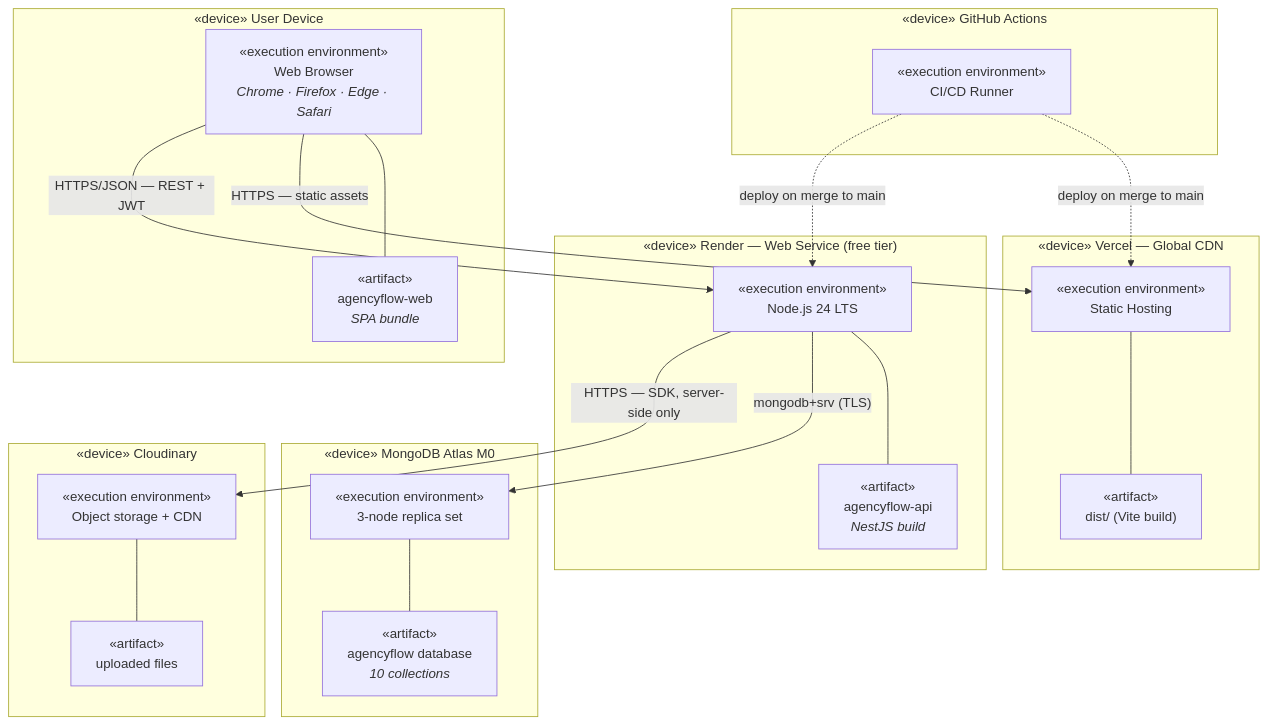
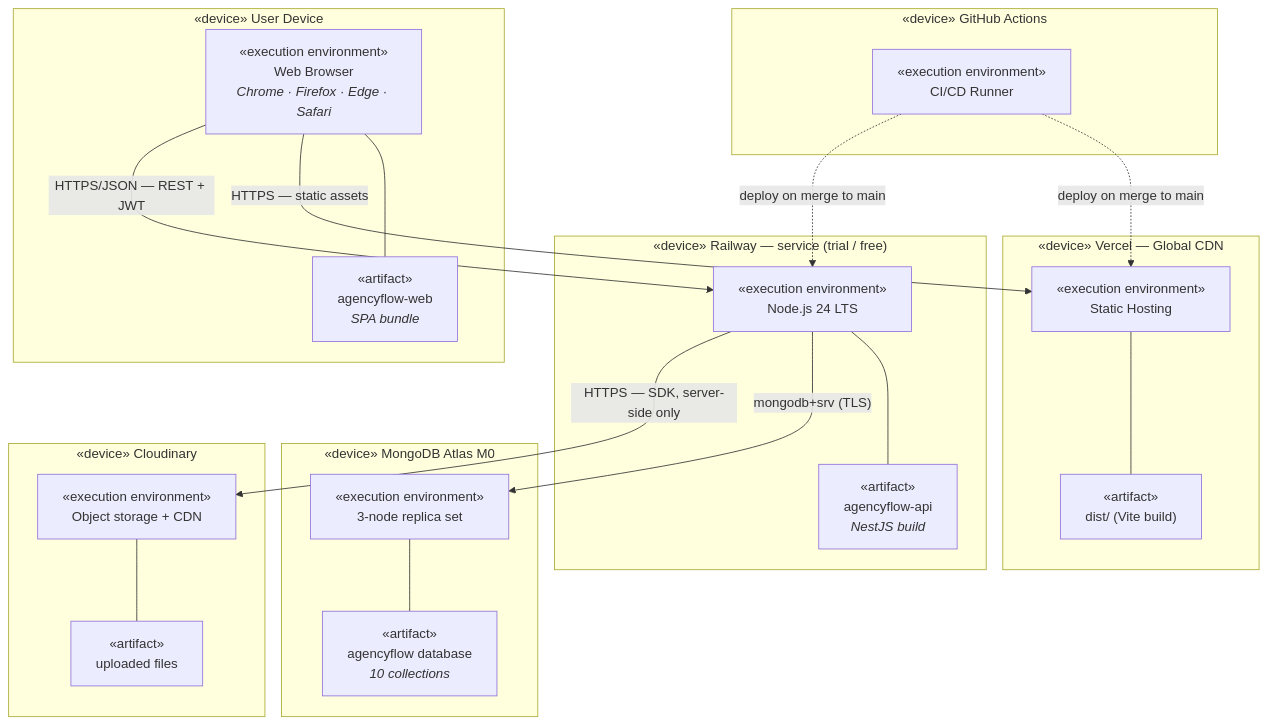
Before and after one commit to yassinehayine/AgencyFlow: diagram 33 of 33 in docs/07-UML-Design.md, drawn with Mermaid. The commit also changed other lines of this file and 6 other files, not shown here.

````diff
--- a/docs/07-UML-Design.md
+++ b/docs/07-UML-Design.md
@@ -1562,43 +1562,43 @@
 ```mermaid
 flowchart TB
     subgraph CLIENT["«device» User Device"]
         BROWSER["«execution environment»<br/>Web Browser<br/><i>Chrome · Firefox · Edge · Safari</i>"]
         SPA["«artifact»<br/>agencyflow-web<br/><i>SPA bundle</i>"]
         BROWSER --- SPA
     end
 
     subgraph VERCEL["«device» Vercel — Global CDN"]
         VNODE["«execution environment»<br/>Static Hosting"]
         VART["«artifact»<br/>dist/ (Vite build)"]
         VNODE --- VART
     end
 
-    subgraph RENDER["«device» Render — Web Service (free tier)"]
+    subgraph RENDER["«device» Railway — service (trial / free)"]
         NODE["«execution environment»<br/>Node.js 24 LTS"]
         APIART["«artifact»<br/>agencyflow-api<br/><i>NestJS build</i>"]
         NODE --- APIART
     end
 
     subgraph ATLAS["«device» MongoDB Atlas M0"]
         RS["«execution environment»<br/>3-node replica set"]
         DBART["«artifact»<br/>agencyflow database<br/><i>10 collections</i>"]
         RS --- DBART
     end
 
     subgraph CLOUD["«device» Cloudinary"]
         CSTORE["«execution environment»<br/>Object storage + CDN"]
         CART["«artifact»<br/>uploaded files"]
         CSTORE --- CART
     end
 
     subgraph GH["«device» GitHub Actions"]
         CI["«execution environment»<br/>CI/CD Runner"]
     end
 
     BROWSER -->|"HTTPS — static assets"| VNODE
     BROWSER -->|"HTTPS/JSON — REST + JWT"| NODE
     NODE -->|"mongodb+srv (TLS)"| RS
     NODE -->|"HTTPS — SDK, server-side only"| CSTORE
     CI -.->|"deploy on merge to main"| VNODE
     CI -.->|"deploy on merge to main"| NODE
 ```
````
